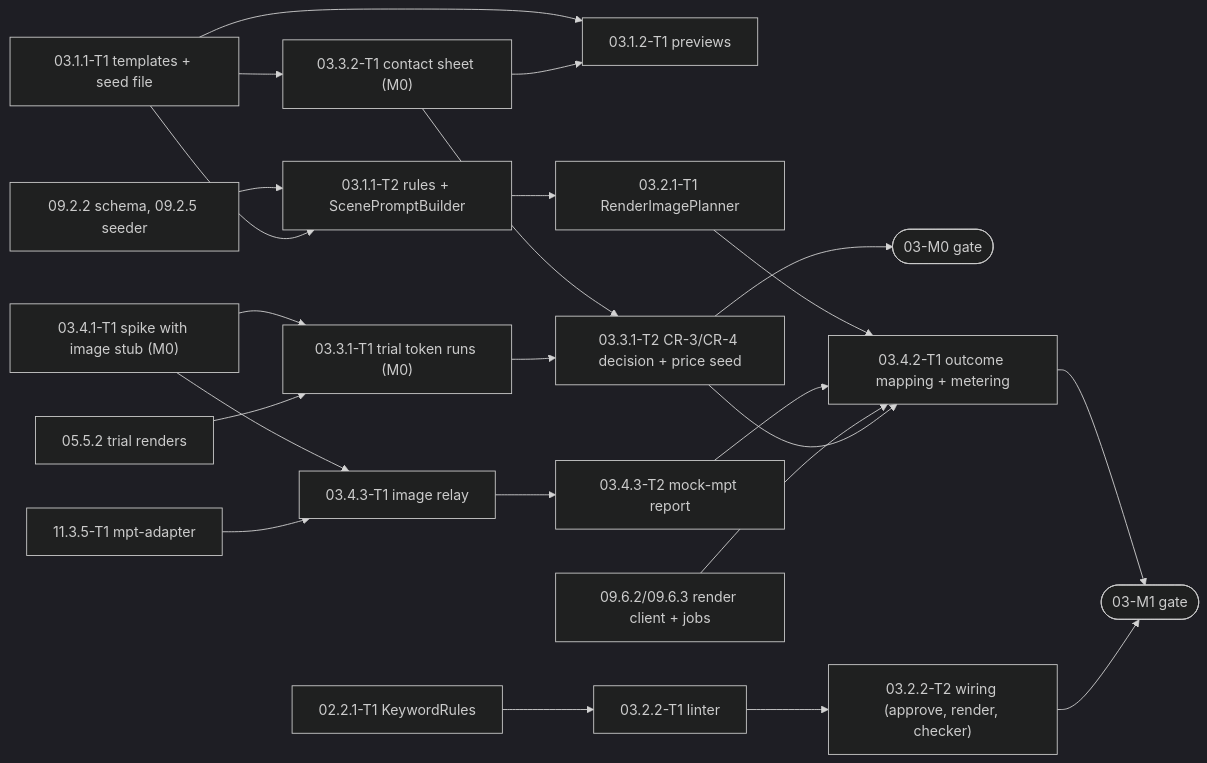
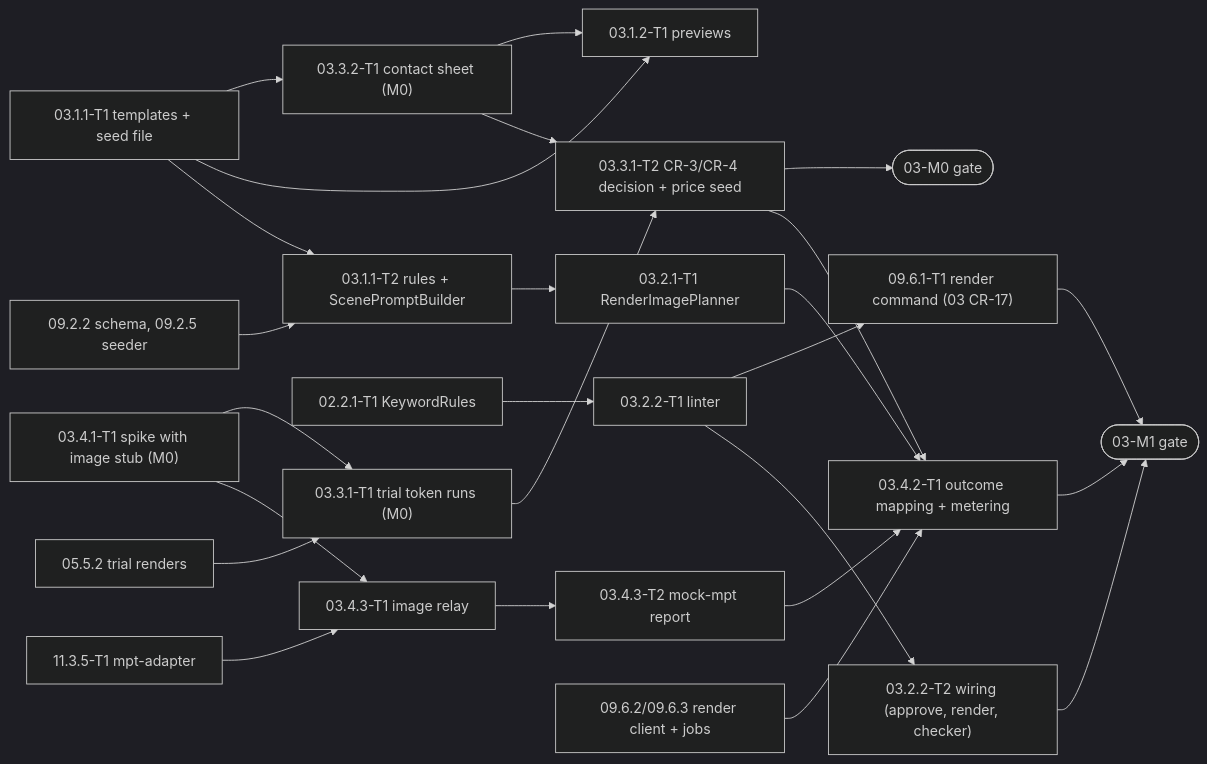
The diagram in plans/features/03-image-generation/README.md (anglesen1120/NightTalesStudio), drawn with Mermaid (dark theme) before and after one commit. The commit also changed other lines of this file and 10 other files, not shown here.

````diff
--- a/plans/features/03-image-generation/README.md
+++ b/plans/features/03-image-generation/README.md
@@ -257,25 +256,27 @@
 ```mermaid
 flowchart LR
   T1["03.1.1-T1 templates + seed file"] --> CS["03.3.2-T1 contact sheet (M0)"]
   T1 --> PV["03.1.2-T1 previews"]
   CS --> PV
   SP["03.4.1-T1 spike with image stub (M0)"] --> TR["03.3.1-T1 trial token runs (M0)"]
   R05["05.5.2 trial renders"] --> TR
   CS --> DEC["03.3.1-T2 CR-3/CR-4 decision + price seed"]
   TR --> DEC
   DEC --> M0([03-M0 gate])
   S09["09.2.2 schema, 09.2.5 seeder"] --> T2["03.1.1-T2 rules + ScenePromptBuilder"]
   T1 --> T2
   T2 --> BUD["03.2.1-T1 RenderImagePlanner"]
   K02["02.2.1-T1 KeywordRules"] --> LIN["03.2.2-T1 linter"]
+  LIN --> R091["09.6.1-T1 render command (03 CR-17)"]
+  R091 --> M1
   LIN --> WIR["03.2.2-T2 wiring (approve, render, checker)"]
   SP --> RL["03.4.3-T1 image relay"]
   A11["11.3.5-T1 mpt-adapter"] --> RL
   RL --> MK["03.4.3-T2 mock-mpt report"]
   BUD --> MAP["03.4.2-T1 outcome mapping + metering"]
   MK --> MAP
   R09["09.6.2/09.6.3 render client + jobs"] --> MAP
   DEC --> MAP
   MAP --> M1([03-M1 gate])
   WIR --> M1
 ```
````
